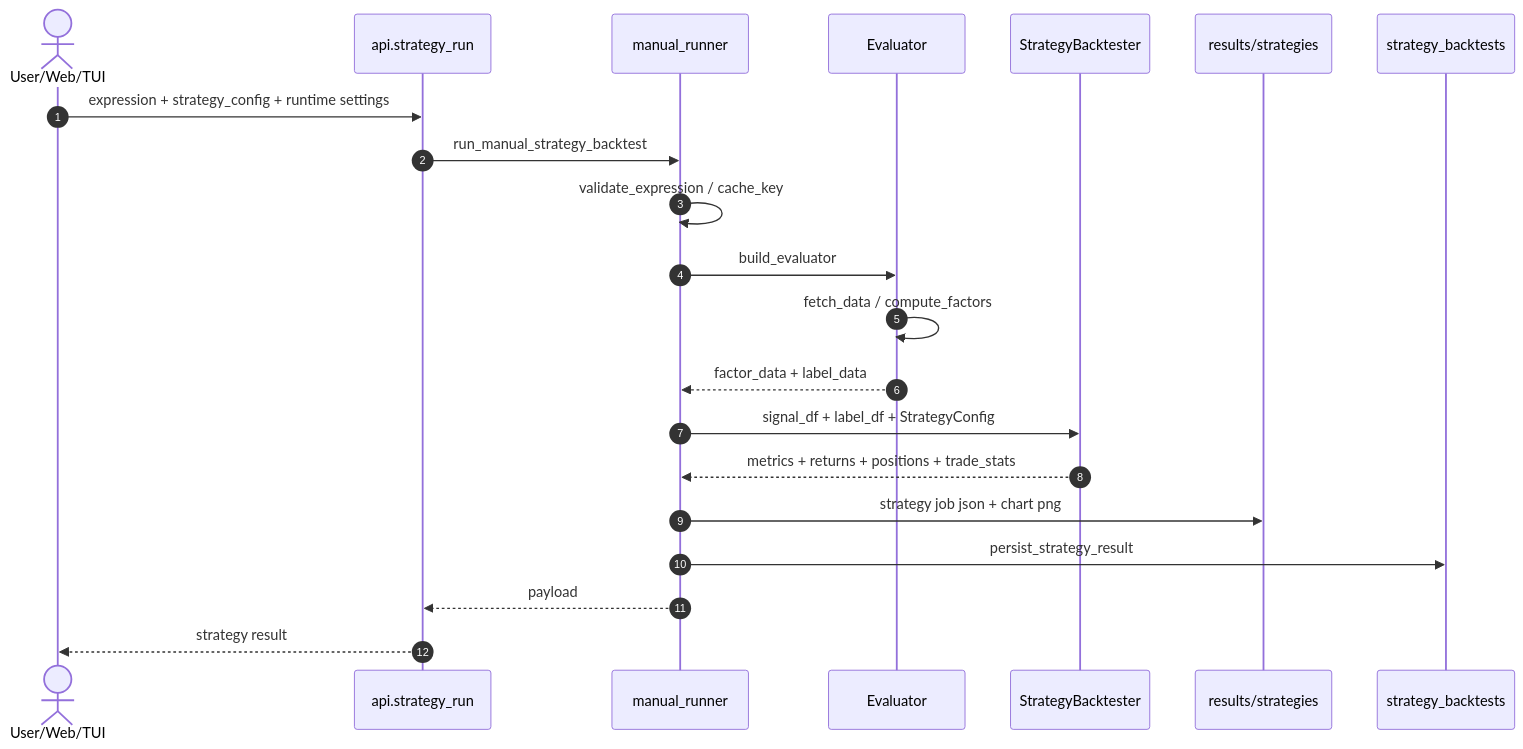
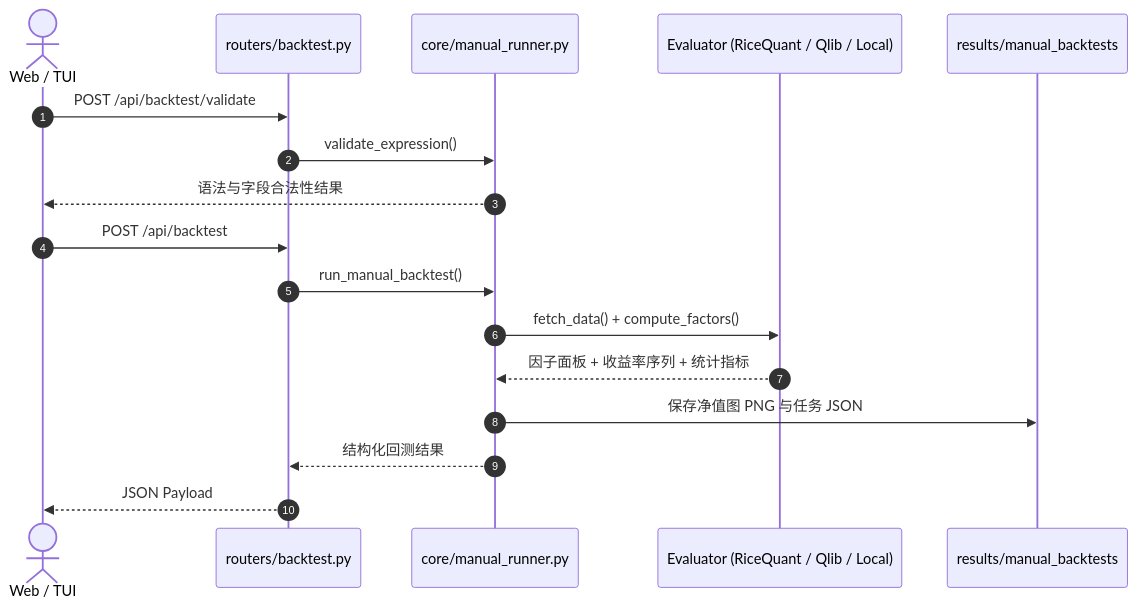
Before and after one commit to WeissHymmnos/aiminer: the third of 4 diagrams in instruction.md, drawn with Mermaid. The commit also changed other lines of this file and 10 other files, not shown here.

````diff
--- a/instruction.md
+++ b/instruction.md
@@ -304,23 +91,20 @@
 ```mermaid
 sequenceDiagram
   autonumber
-  actor U as User/Web/TUI
-  participant API as api.strategy_run
-  participant MR as manual_runner
-  participant EV as Evaluator
-  participant BT as StrategyBacktester
-  participant FS as results/strategies
-  participant DB as strategy_backtests
-  U->>API: expression + strategy_config + runtime settings
-  API->>MR: run_manual_strategy_backtest
-  MR->>MR: validate_expression / cache_key
-  MR->>EV: build_evaluator
-  EV->>EV: fetch_data / compute_factors
-  EV-->>MR: factor_data + label_data
-  MR->>BT: signal_df + label_df + StrategyConfig
-  BT-->>MR: metrics + returns + positions + trade_stats
-  MR->>FS: strategy job json + chart png
-  MR->>DB: persist_strategy_result
-  MR-->>API: payload
-  API-->>U: strategy result
+  actor U as Web / TUI
+  participant R as routers/backtest.py
+  participant MR as core/manual_runner.py
+  participant EV as Evaluator (RiceQuant / Qlib / Local)
+  participant FS as results/manual_backtests
+
+  U->>R: POST /api/backtest/validate
+  R->>MR: validate_expression()
+  MR-->>U: 语法与字段合法性结果
+  U->>R: POST /api/backtest
+  R->>MR: run_manual_backtest()
+  MR->>EV: fetch_data() + compute_factors()
+  EV-->>MR: 因子面板 + 收益率序列 + 统计指标
+  MR->>FS: 保存净值图 PNG 与任务 JSON
+  MR-->>R: 结构化回测结果
+  R-->>U: JSON Payload
 ```
````
